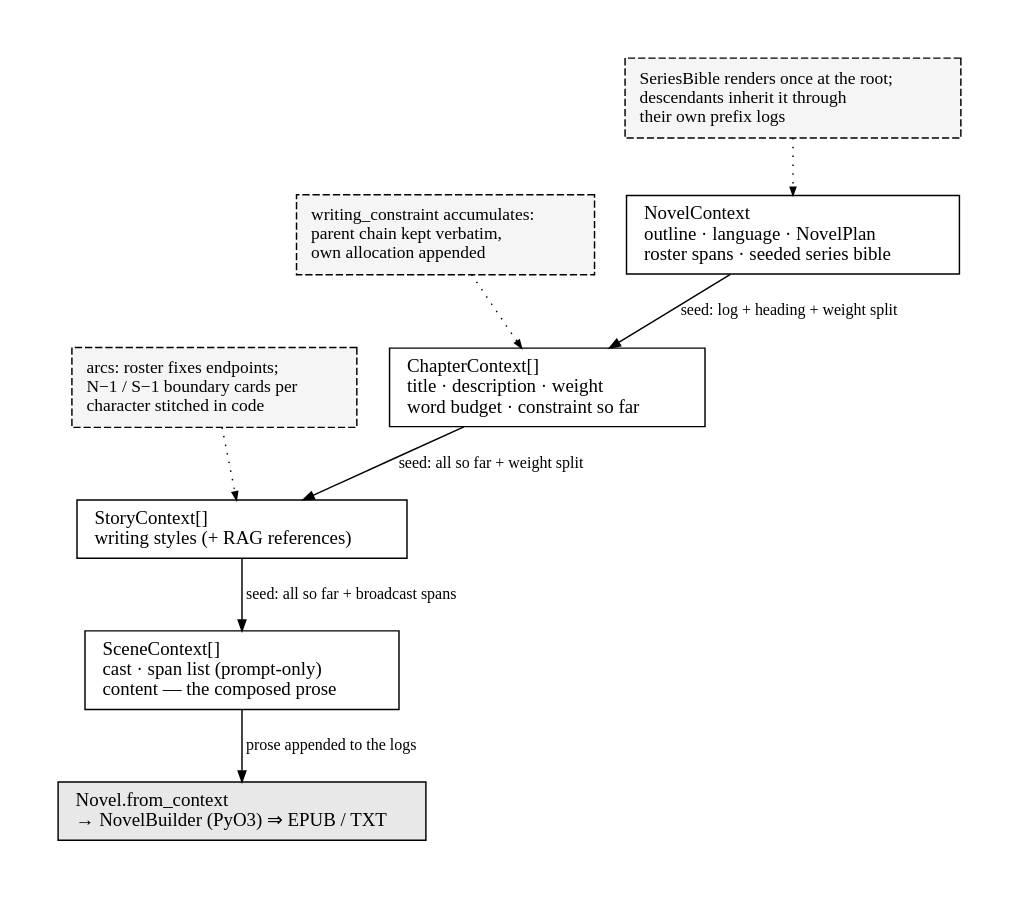
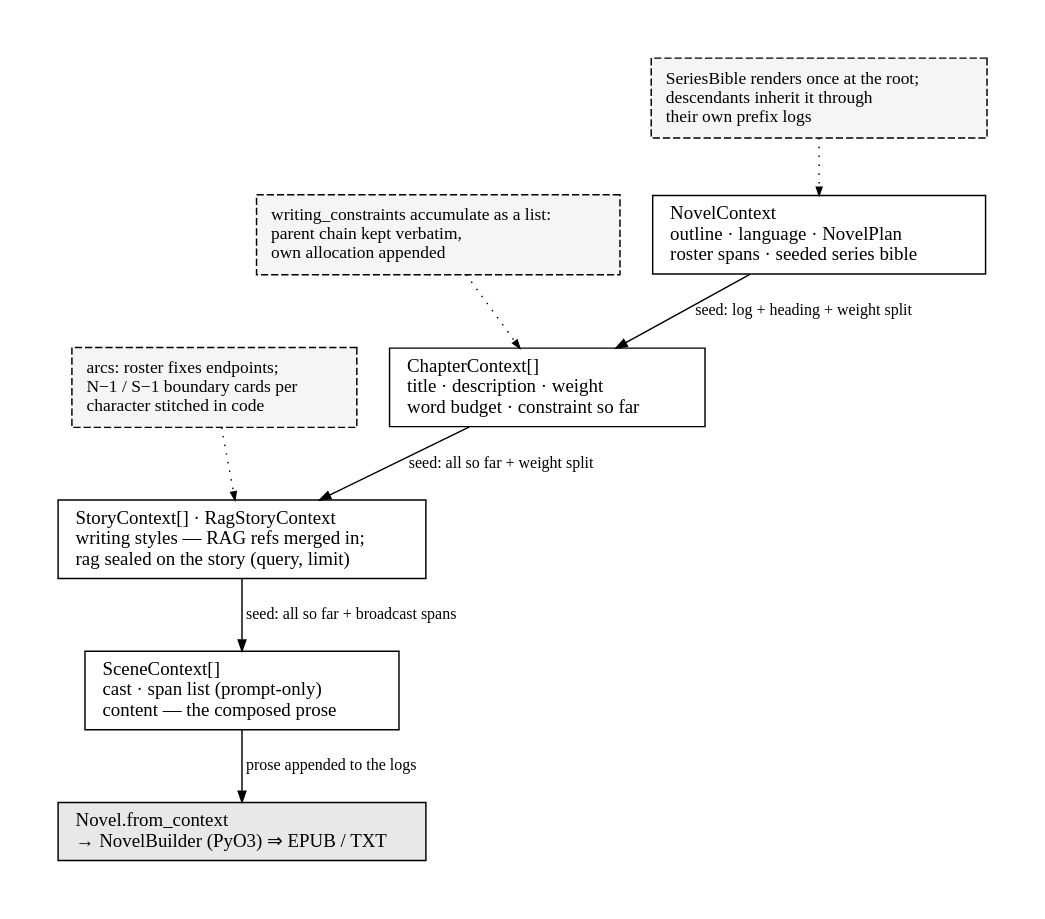
One commit to Whth/fabricatio changed the diagram in packages/fabricatio-novel/assets/dataflow.gv. Above: the diagram before and after it, drawn with Graphviz. The commit also changed 42 other files, not shown here.

```diff
--- a/packages/fabricatio-novel/assets/dataflow.gv
+++ b/packages/fabricatio-novel/assets/dataflow.gv
@@ -1,41 +1,41 @@
 // fabricatio-novel: what flows down the context tree, and what flows back up.
 // Render: dot -Tsvg dataflow.gv -o dataflow.svg
 digraph dataflow {
     rankdir=TB;
     bgcolor="white";
     fontname="serif";
     pad="0.45";
     nodesep=0.30;
     ranksep=0.52;
 
     node [shape=box, style="filled", fillcolor="white", color="black",
           fontname="serif", fontsize=13, margin="0.16,0.09"];
     edge [color="black", arrowsize=0.75, fontname="serif", fontsize=11];
 
     novel   [label="NovelContext\loutline · language · NovelPlan\lroster spans · seeded series bible\l"];
     chapter [label="ChapterContext[]\ltitle · description · weight\lword budget · constraint so far\l"];
-    story   [label="StoryContext[]\lwriting styles (+ RAG references)\l"];
+    story   [label="StoryContext[] · RagStoryContext\lwriting styles — RAG refs merged in;\lrag sealed on the story (query, limit)\l"];
     scene   [label="SceneContext[]\lcast · span list (prompt-only)\lcontent — the composed prose\l"];
 
     novel   -> chapter [label="  seed: log + heading + weight split\l"];
     chapter -> story [label="  seed: all so far + weight split\l"];
     story   -> scene  [label="  seed: all so far + broadcast spans\l"];
 
     // downward cross-cutting mechanisms
     node [style="filled, dashed", fillcolor="#F5F5F5", fontsize=12, margin="0.14,0.11"];
     edge [style=dotted, arrowsize=0.55];
 
     bible  [label="SeriesBible renders once at the root;\ldescendants inherit it through\ltheir own prefix logs\l"];
-    constr [label="writing_constraint accumulates:\lparent chain kept verbatim,\lown allocation appended\l"];
+    constr [label="writing_constraints accumulate as a list:\lparent chain kept verbatim,\lown allocation appended\l"];
     spans  [label="arcs: roster fixes endpoints;\lN−1 / S−1 boundary cards per\lcharacter stitched in code\l"];
 
     bible  -> novel;
     constr -> chapter;
     spans  -> story;
 
     // upward aggregation
     node [style="filled", fillcolor="#E8E8E8", fontsize=13, margin="0.16,0.09"];
     edge [style=solid, arrowsize=0.75];
     asm [label="Novel.from_context\l→ NovelBuilder (PyO3) ⇒ EPUB / TXT\l"];
     scene -> asm [label="  prose appended to the logs\l"];
 }
```
